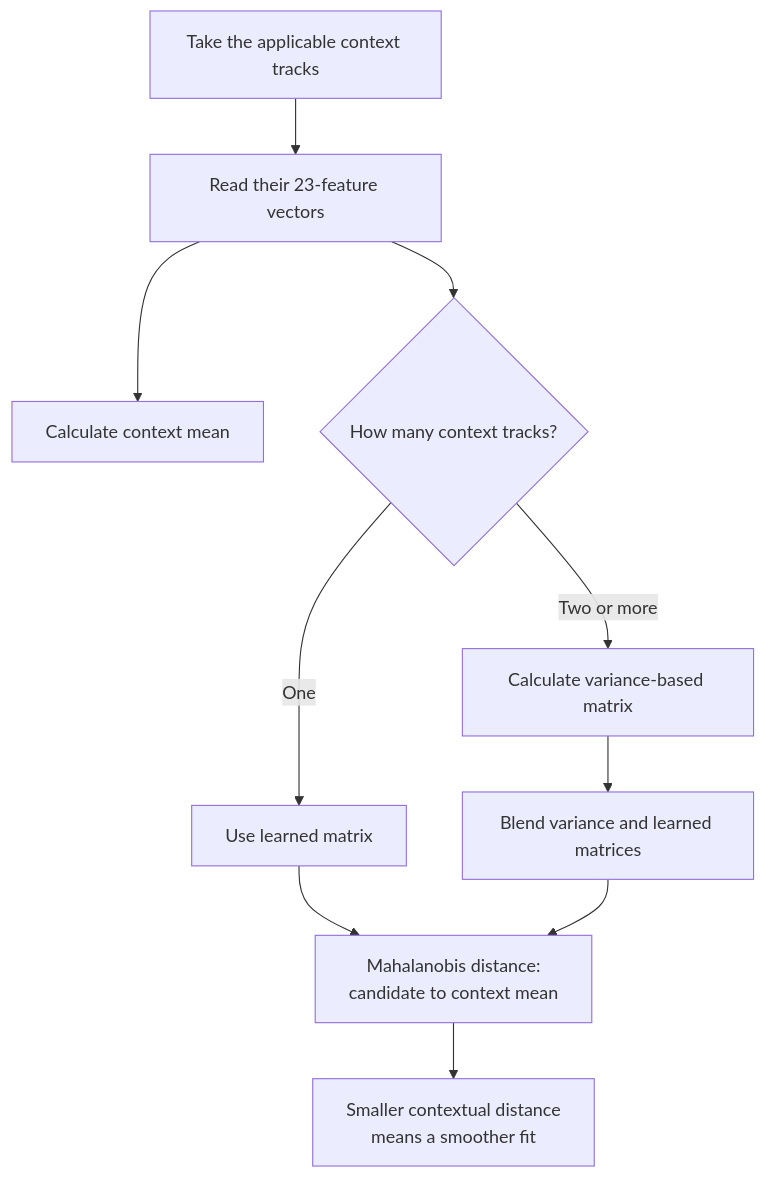
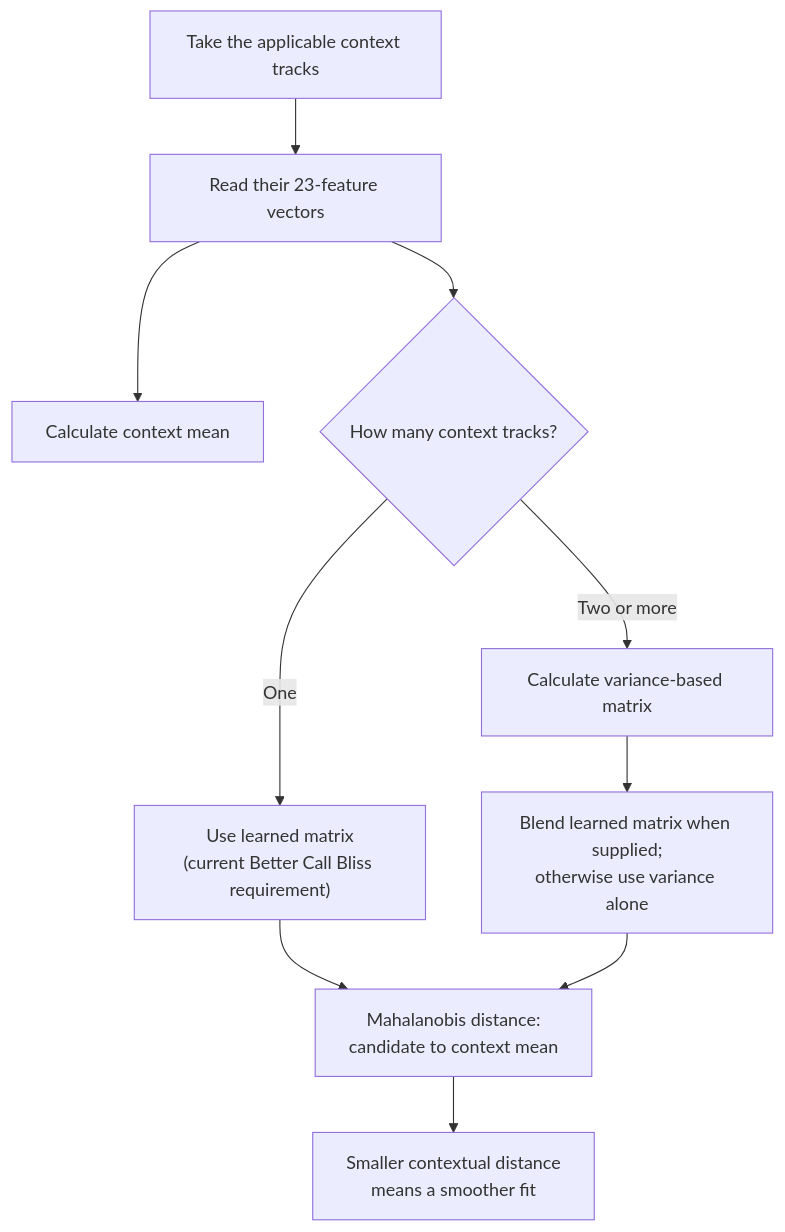
Before and after one commit to chrober/lms-better-call-bliss: the seventh of 7 diagrams in ALGORITHMS.md, drawn with Mermaid. The commit also changed other lines of this file and 3 other files, not shown here.

Commit message:
docs: clarify learned matrix requirement

```diff
--- a/ALGORITHMS.md
+++ b/ALGORITHMS.md
@@ -319,12 +333,12 @@
 ~~~mermaid
 flowchart TD
     A["Take the applicable context tracks"] --> B["Read their 23-feature vectors"]
     B --> C["Calculate context mean"]
     B --> D{"How many context tracks?"}
-    D -- One --> E["Use learned matrix"]
+    D -- One --> E["Use learned matrix<br/>(current Better Call Bliss requirement)"]
     D -- Two or more --> F["Calculate variance-based matrix"]
-    F --> G["Blend variance and learned matrices"]
+    F --> G["Blend learned matrix when supplied;<br/>otherwise use variance alone"]
     E --> H["Mahalanobis distance:<br/>candidate to context mean"]
     G --> H
     H --> I["Smaller contextual distance<br/>means a smoother fit"]
 ~~~
```
